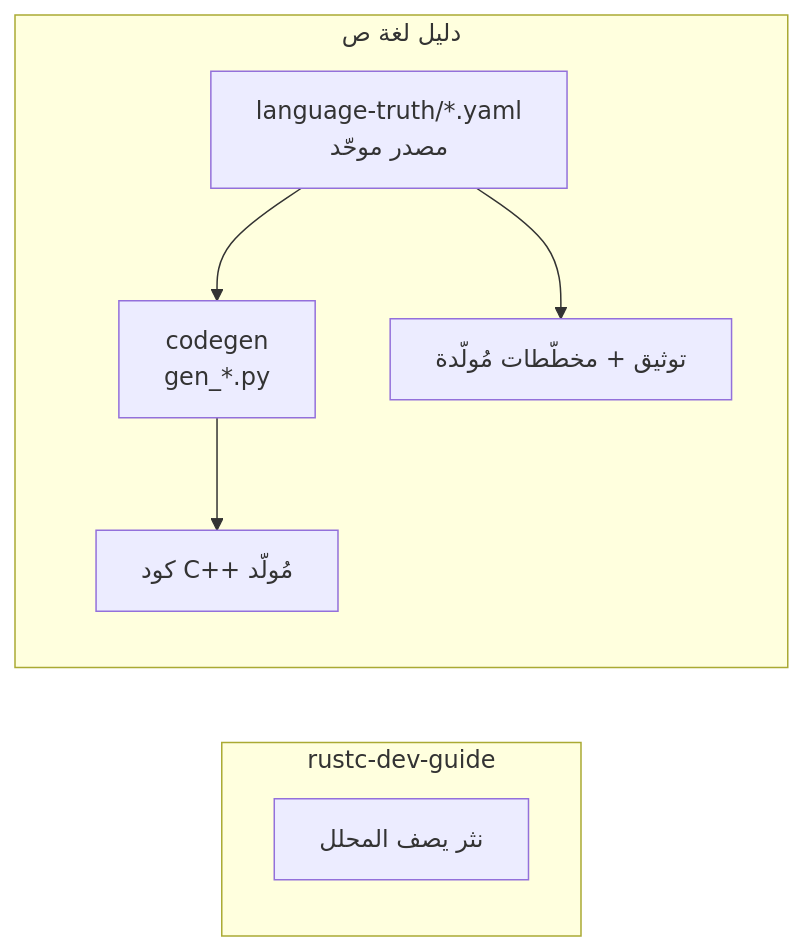
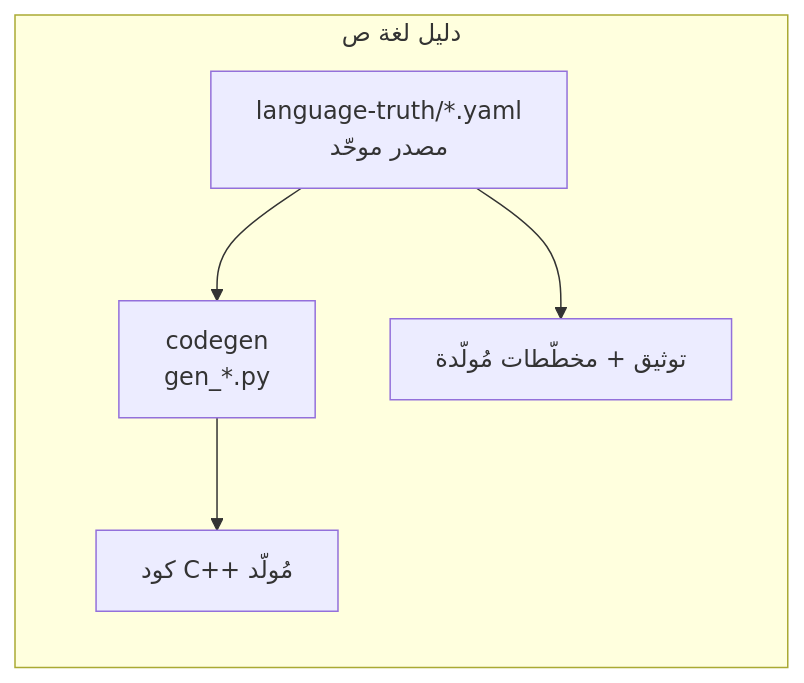
Before and after one commit to sadlang/dev-guide: the diagram in src/introduction.md, drawn with Mermaid. The commit also changed other lines of this file and 5 other files, not shown here.

````diff
--- a/src/introduction.md
+++ b/src/introduction.md
@@ -36,11 +48,8 @@
 ```mermaid
 flowchart LR
-  subgraph rustc["rustc-dev-guide"]
-    R1["نثر يصف المحلل"]
-  end
   subgraph sad["دليل لغة ص"]
     S1["language-truth/*.yaml<br/>مصدر موحّد"] --> S2["codegen<br/>gen_*.py"]
     S2 --> S3["كود C++ مُولَّد"]
     S1 --> S4["توثيق + مخطّطات مُولَّدة"]
   end
 ```
````
